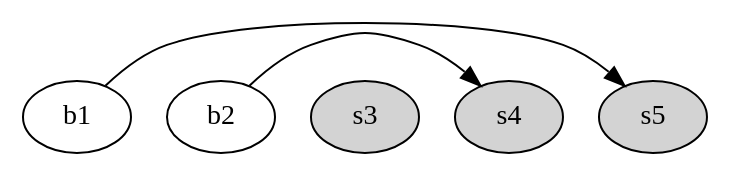
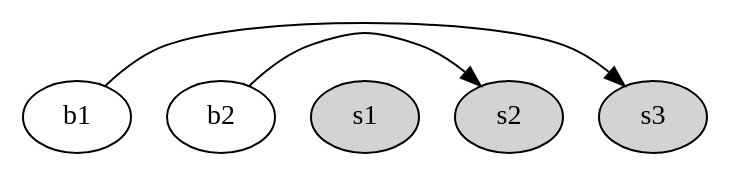
One commit to twpca/nhspc-2022 changed the fifth of 6 diagrams in editorial/editorial.md. Above: the diagram before and after it, drawn with Graphviz. The commit also changed other lines of this file, not shown here.

````diff
--- a/editorial/editorial.md
+++ b/editorial/editorial.md
@@ -125,13 +125,13 @@
 ```graphviz
 digraph {
   b1;
   b2;
+  s1 [style=filled];
+  s2 [style=filled];
   s3 [style=filled];
-  s4 [style=filled];
-  s5 [style=filled];
-  {rank=min; b1 -> b2 -> s3 -> s4 -> s5 [style="invis"]};
+  {rank=min; b1 -> b2 -> s1 -> s2 -> s3 [style="invis"]};
   
-  b1 -> s5;
-  b2 -> s4;
+  b1 -> s3;
+  b2 -> s2;
 }
 ```
````
